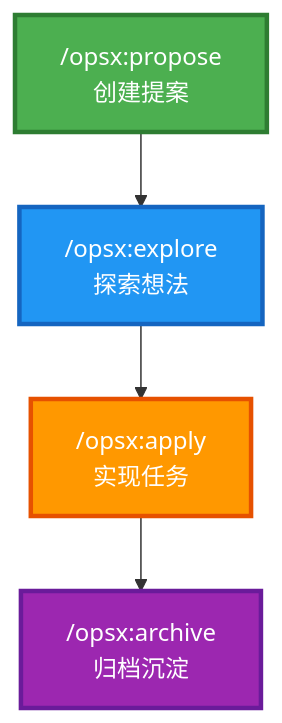
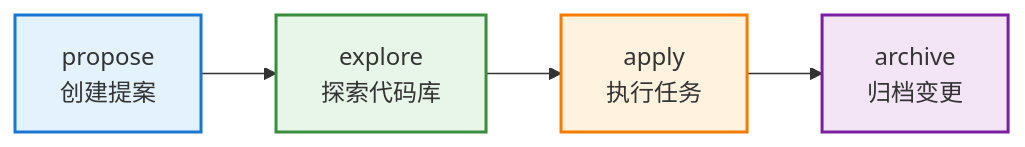
Before and after one commit to eliduty/slide: the diagram in presentations/ai-coding/slides/sdd/04-workflow.md, drawn with Mermaid. The commit also changed other lines of this file and 37 other files, not shown here.

````diff
--- a/presentations/ai-coding/slides/sdd/04-workflow.md
+++ b/presentations/ai-coding/slides/sdd/04-workflow.md
@@ -7,11 +7,11 @@
 ```mermaid
-graph TB
-    P["/opsx:propose<br/>创建提案"] --> E["/opsx:explore<br/>探索想法"]
-    E --> A["/opsx:apply<br/>实现任务"]
-    A --> AR["/opsx:archive<br/>归档沉淀"]
+graph LR
+    A[propose<br/>创建提案] --> B[explore<br/>探索代码库]
+    B --> C[apply<br/>执行任务]
+    C --> D[archive<br/>归档变更]
 
-    style P fill:#4caf50,stroke:#2e7d32,stroke-width:3px,color:#fff
-    style E fill:#2196f3,stroke:#1565c0,stroke-width:3px,color:#fff
-    style A fill:#ff9800,stroke:#e65100,stroke-width:3px,color:#fff
-    style AR fill:#9c27b0,stroke:#6a1b9a,stroke-width:3px,color:#fff
+    style A fill:#e3f2fd,stroke:#1976d2,stroke-width:2px
+    style B fill:#e8f5e9,stroke:#388e3c,stroke-width:2px
+    style C fill:#fff3e0,stroke:#f57c00,stroke-width:2px
+    style D fill:#f3e5f5,stroke:#7b1fa2,stroke-width:2px
 ```
````
